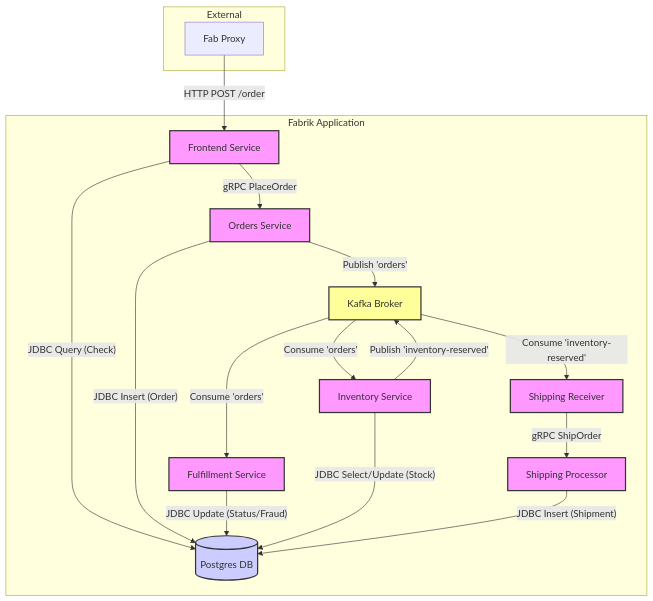
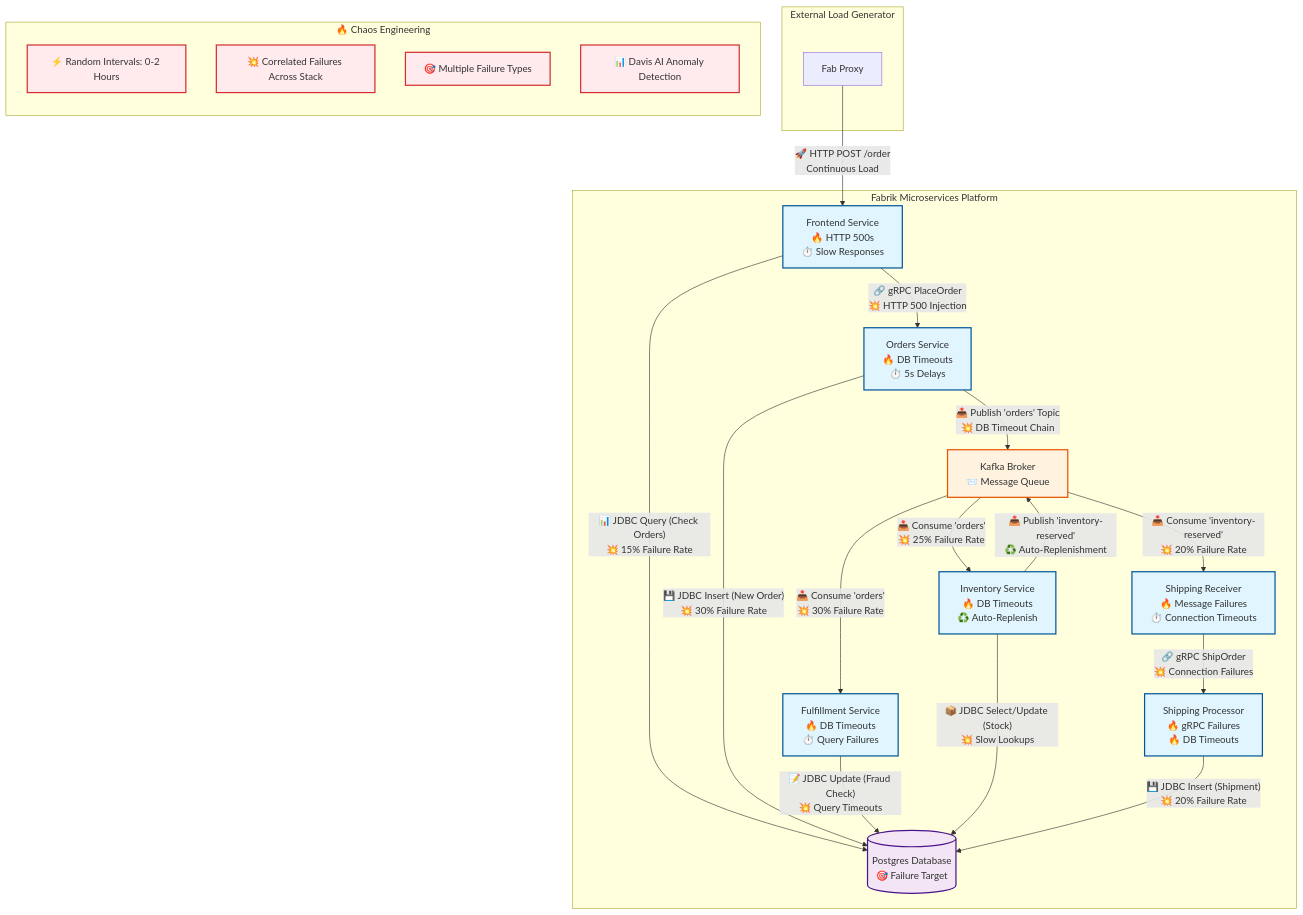
Before and after one commit to mreider/fabrik: the diagram in README.md, drawn with Mermaid. The commit also changed other lines of this file and 8 other files, not shown here.

````diff
--- a/README.md
+++ b/README.md
@@ -5,52 +7,63 @@
 ```mermaid
 flowchart TD
-    subgraph "External"
+    subgraph "External Load Generator"
         LG[Fab Proxy]
     end
 
-    subgraph "Fabrik Application"
-        FE[Frontend Service]
-        OS[Orders Service]
-        FS[Fulfillment Service]
-        IS[Inventory Service]
-        SR[Shipping Receiver]
-        SP[Shipping Processor]
-        
-        DB[(Postgres DB)]
-        K[Kafka Broker]
+    subgraph "Fabrik Microservices Platform"
+        FE["Frontend Service<br/>🔥 HTTP 500s<br/>⏱️ Slow Responses"]
+        OS["Orders Service<br/>🔥 DB Timeouts<br/>⏱️ 5s Delays"]
+        FS["Fulfillment Service<br/>🔥 DB Timeouts<br/>⏱️ Query Failures"]
+        IS["Inventory Service<br/>🔥 DB Timeouts<br/>♻️ Auto-Replenish"]
+        SR["Shipping Receiver<br/>🔥 Message Failures<br/>⏱️ Connection Timeouts"]
+        SP["Shipping Processor<br/>🔥 gRPC Failures<br/>🔥 DB Timeouts"]
+
+        DB[(Postgres Database<br/>🎯 Failure Target)]
+        K["Kafka Broker<br/>📨 Message Queue"]
     end
 
-    %% Load Generation
-    LG -- "HTTP POST /order" --> FE
+    %% Load Generation Flow
+    LG -- "🚀 HTTP POST /order<br/>Continuous Load" --> FE
 
     %% Frontend Flow
-    FE -- "JDBC Query (Check)" --> DB
-    FE -- "gRPC PlaceOrder" --> OS
+    FE -- "📊 JDBC Query (Check Orders)<br/>💥 15% Failure Rate" --> DB
+    FE -- "🔗 gRPC PlaceOrder<br/>💥 HTTP 500 Injection" --> OS
 
     %% Orders Flow
-    OS -- "JDBC Insert (Order)" --> DB
-    OS -- "Publish 'orders'" --> K
+    OS -- "💾 JDBC Insert (New Order)<br/>💥 30% Failure Rate" --> DB
+    OS -- "📤 Publish 'orders' Topic<br/>💥 DB Timeout Chain" --> K
 
     %% Fulfillment Flow (Async)
-    K -- "Consume 'orders'" --> FS
-    FS -- "JDBC Update (Status/Fraud)" --> DB
+    K -- "📥 Consume 'orders'<br/>💥 30% Failure Rate" --> FS
+    FS -- "📝 JDBC Update (Fraud Check)<br/>💥 Query Timeouts" --> DB
 
     %% Inventory Flow (Async)
-    K -- "Consume 'orders'" --> IS
-    IS -- "JDBC Select/Update (Stock)" --> DB
-    IS -- "Publish 'inventory-reserved'" --> K
+    K -- "📥 Consume 'orders'<br/>💥 25% Failure Rate" --> IS
+    IS -- "📦 JDBC Select/Update (Stock)<br/>💥 Slow Lookups" --> DB
+    IS -- "📤 Publish 'inventory-reserved'<br/>♻️ Auto-Replenishment" --> K
 
     %% Shipping Flow (Async + Sync)
-    K -- "Consume 'inventory-reserved'" --> SR
-    SR -- "gRPC ShipOrder" --> SP
-    SP -- "JDBC Insert (Shipment)" --> DB
+    K -- "📥 Consume 'inventory-reserved'<br/>💥 20% Failure Rate" --> SR
+    SR -- "🔗 gRPC ShipOrder<br/>💥 Connection Failures" --> SP
+    SP -- "💾 JDBC Insert (Shipment)<br/>💥 20% Failure Rate" --> DB
+
+    %% Chaos Indicators
+    subgraph "🔥 Chaos Engineering"
+        direction TB
+        C1["⚡ Random Intervals: 0-2 Hours"]
+        C2["💥 Correlated Failures Across Stack"]
+        C3["🎯 Multiple Failure Types"]
+        C4["📊 Davis AI Anomaly Detection"]
+    end
 
     %% Styling
-    classDef service fill:#f9f,stroke:#333,stroke-width:2px;
-    classDef db fill:#ccf,stroke:#333,stroke-width:2px;
-    classDef queue fill:#ff9,stroke:#333,stroke-width:2px;
-    
+    classDef service fill:#e1f5fe,stroke:#01579b,stroke-width:2px;
+    classDef chaos fill:#ffebee,stroke:#d32f2f,stroke-width:2px;
+    classDef db fill:#f3e5f5,stroke:#4a148c,stroke-width:2px;
+    classDef queue fill:#fff3e0,stroke:#e65100,stroke-width:2px;
+
     class FE,OS,FS,IS,SR,SP service;
     class DB db;
     class K queue;
+    class C1,C2,C3,C4 chaos;
 ```
````
